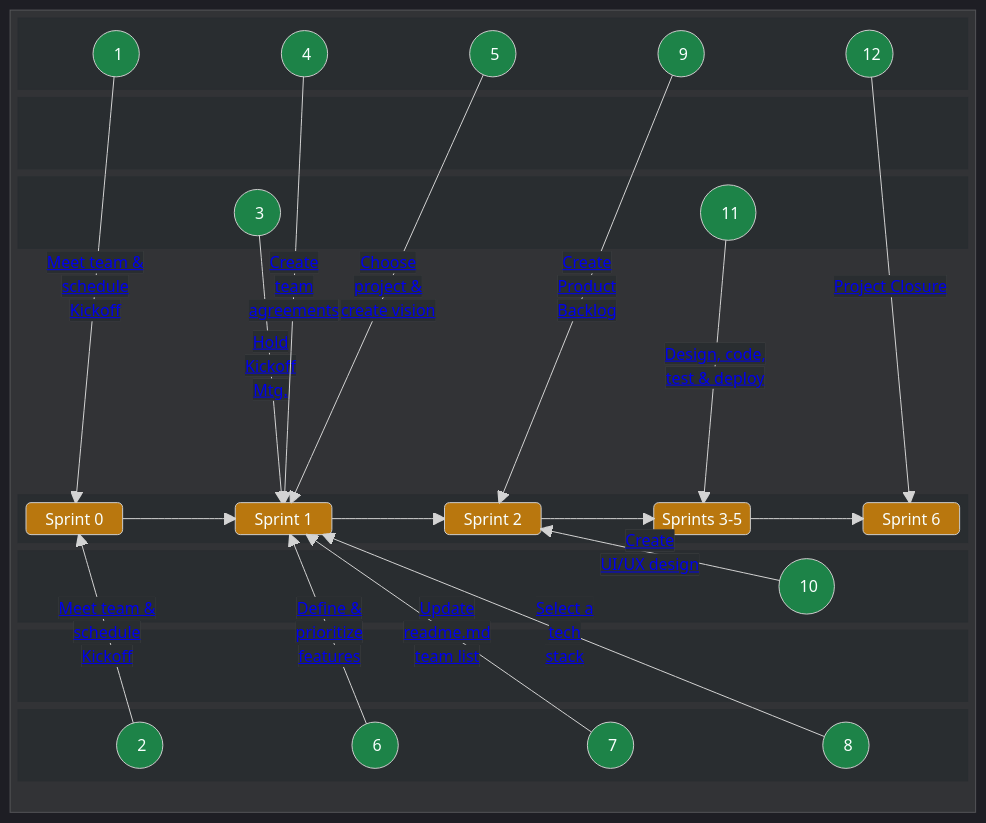
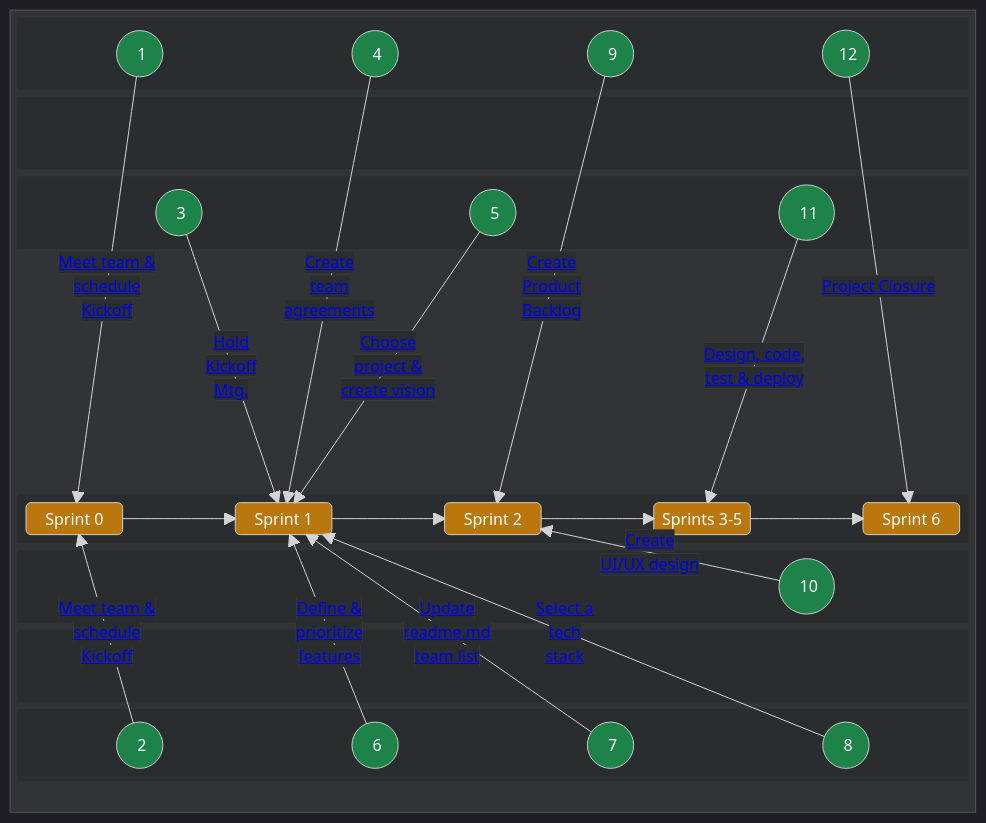
Before and after one commit to chingu-voyages/Handbook: the first of 2 diagrams in docs/guides/voyage/voyage.md, drawn with Mermaid. The commit also changed other lines of this file, not shown here.

```diff
--- a/docs/guides/voyage/voyage.md
+++ b/docs/guides/voyage/voyage.md
@@ -81,7 +81,6 @@
         columns 11
         A1(("&nbsp;&nbsp;&nbsp; 1 &nbsp;&nbsp;"))
         A4(("&nbsp;&nbsp;&nbsp; 4 &nbsp;&nbsp;"))
-        A5(("&nbsp;&nbsp;&nbsp; 5 &nbsp;&nbsp;"))
         A9(("&nbsp;&nbsp;&nbsp; 9 &nbsp;&nbsp;"))
         A12(("&nbsp;&nbsp;&nbsp;12 &nbsp;"))
       end
@@ -91,6 +90,7 @@
       block:TOPL3
         columns 11
         A3(("&nbsp;&nbsp;&nbsp; 3 &nbsp;&nbsp;"))
+        A5(("&nbsp;&nbsp;&nbsp; 5 &nbsp;&nbsp;"))
         A11(("&nbsp;&nbsp;&nbsp; 11 &nbsp;&nbsp;"))
       end      
       space
```
